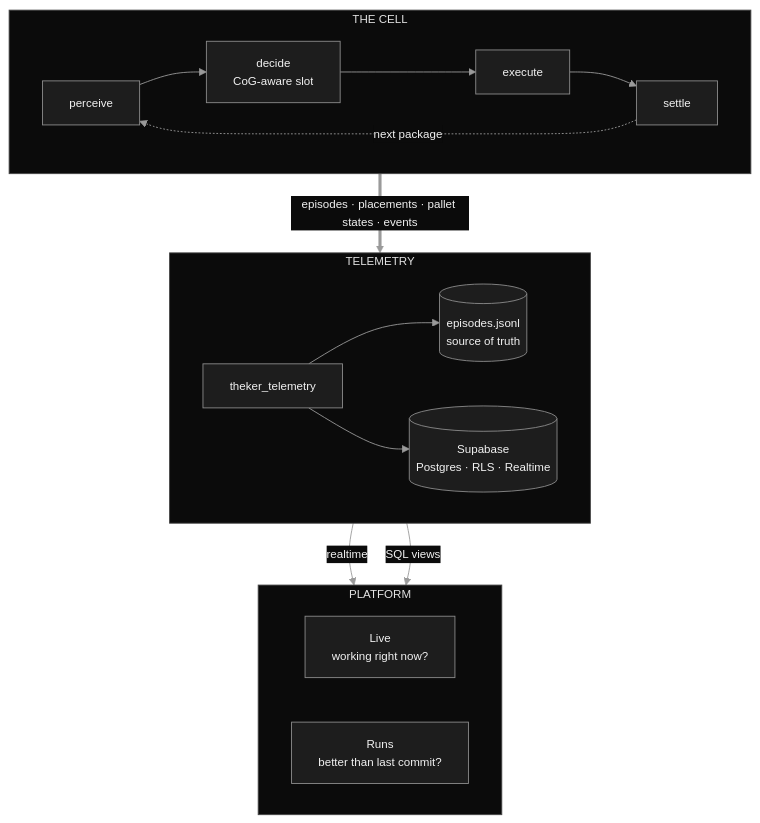
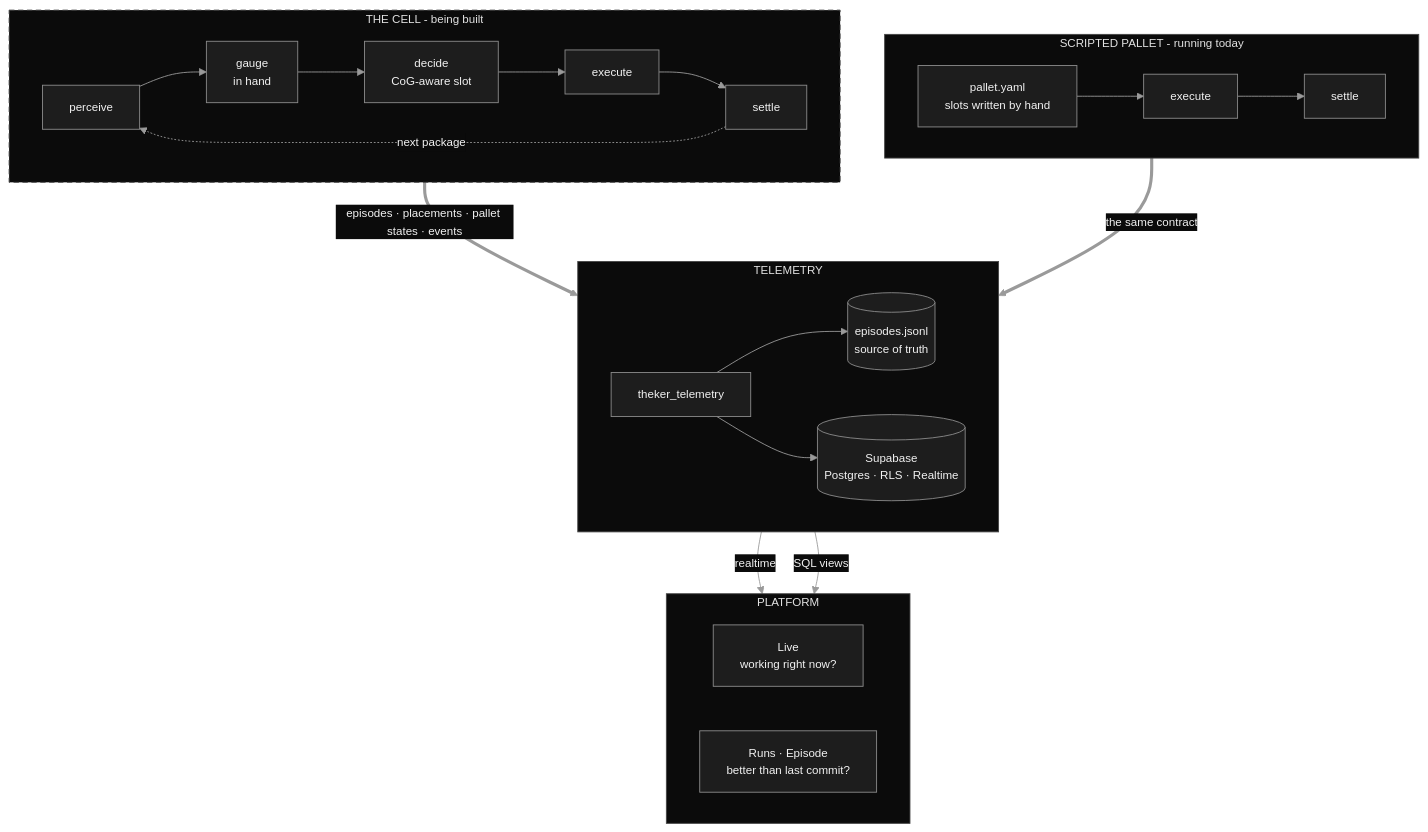
The diagram in profile/README.md (STACKSPECT/.github), drawn with Mermaid before and after one commit. The commit also changed other lines of this file and 5 other files, not shown here.

````diff
--- a/profile/README.md
+++ b/profile/README.md
@@ -52,27 +81,35 @@
 ```mermaid
 %%{init: {'theme':'base','themeVariables':{'primaryColor':'#1d1d1d','primaryTextColor':'#f2f2f2','primaryBorderColor':'#8c8c8c','secondaryColor':'#1d1d1d','tertiaryColor':'#1d1d1d','lineColor':'#9a9a9a','textColor':'#f2f2f2','nodeTextColor':'#f2f2f2','clusterBkg':'#0b0b0b','clusterBorder':'#454545','edgeLabelBackground':'#0b0b0b','fontFamily':'ui-monospace, SFMono-Regular, Menlo, monospace','fontSize':'13px'}}}%%
 flowchart TB
-    subgraph SIM["THE CELL"]
+    subgraph SIM["THE CELL - being built"]
         direction LR
-        P["perceive"] --> D["decide<br/>CoG-aware slot"] --> E["execute"] --> S["settle"]
+        P["perceive"] --> G["gauge<br/>in hand"] --> D["decide<br/>CoG-aware slot"] --> E["execute"] --> S["settle"]
         S -. "next package" .-> P
     end
 
+    subgraph SCR["SCRIPTED PALLET - running today"]
+        direction LR
+        Y["pallet.yaml<br/>slots written by hand"] --> X["execute"] --> T["settle"]
+    end
+
     SIM == "episodes · placements · pallet states · events" ==> SDK
+    SCR == "the same contract" ==> SDK
 
     subgraph TEL["TELEMETRY"]
         direction LR
         SDK["theker_telemetry"]
         SDK --> DISK[("episodes.jsonl<br/>source of truth")]
         SDK --> DB[("Supabase<br/>Postgres · RLS · Realtime")]
     end
 
     DB -- "realtime" --> LIVE
     DB -- "SQL views" --> RUNS
 
     subgraph PLAT["PLATFORM"]
         direction LR
         LIVE["Live<br/>working right now?"]
-        RUNS["Runs<br/>better than last commit?"]
+        RUNS["Runs · Episode<br/>better than last commit?"]
     end
+
+    style SIM stroke-dasharray: 6 4
 ```
````
